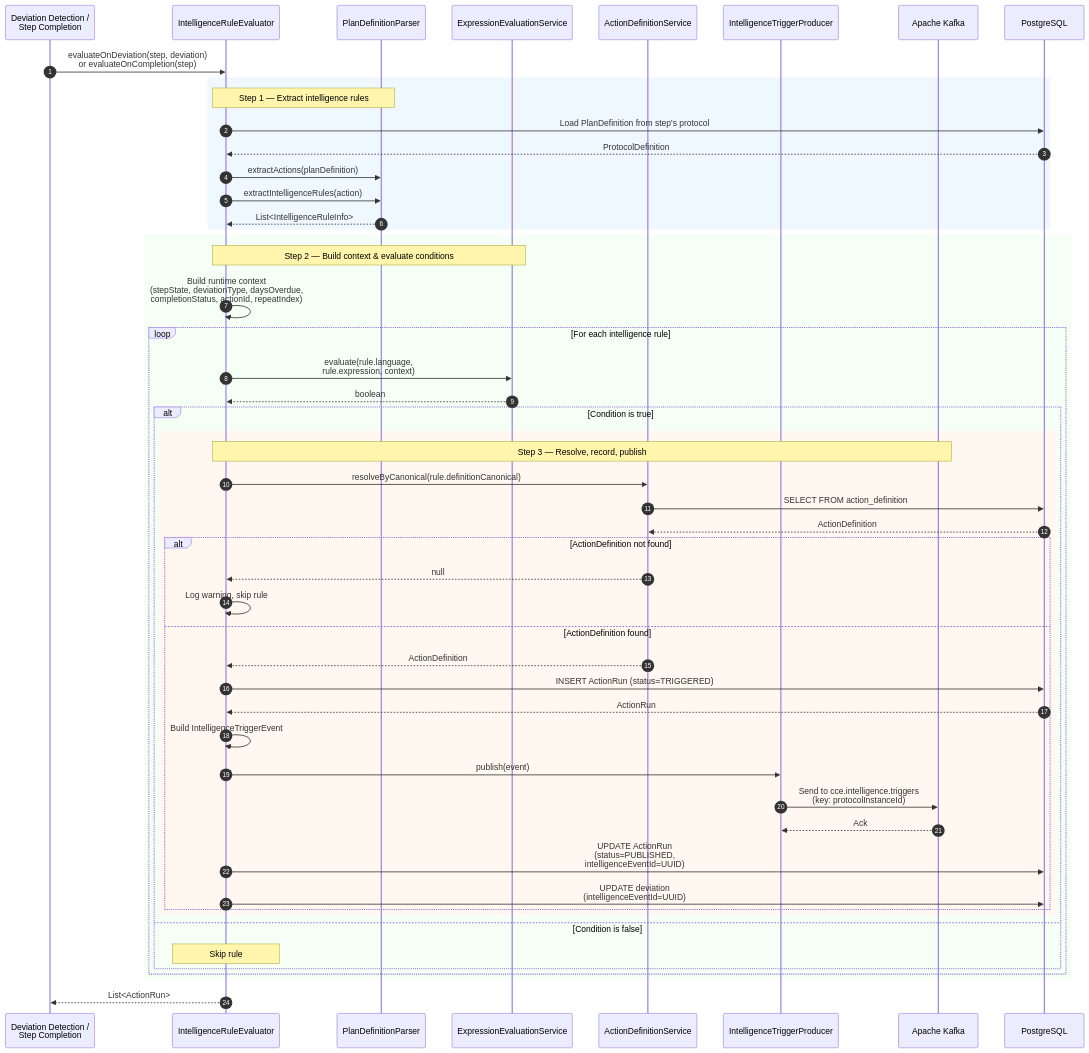
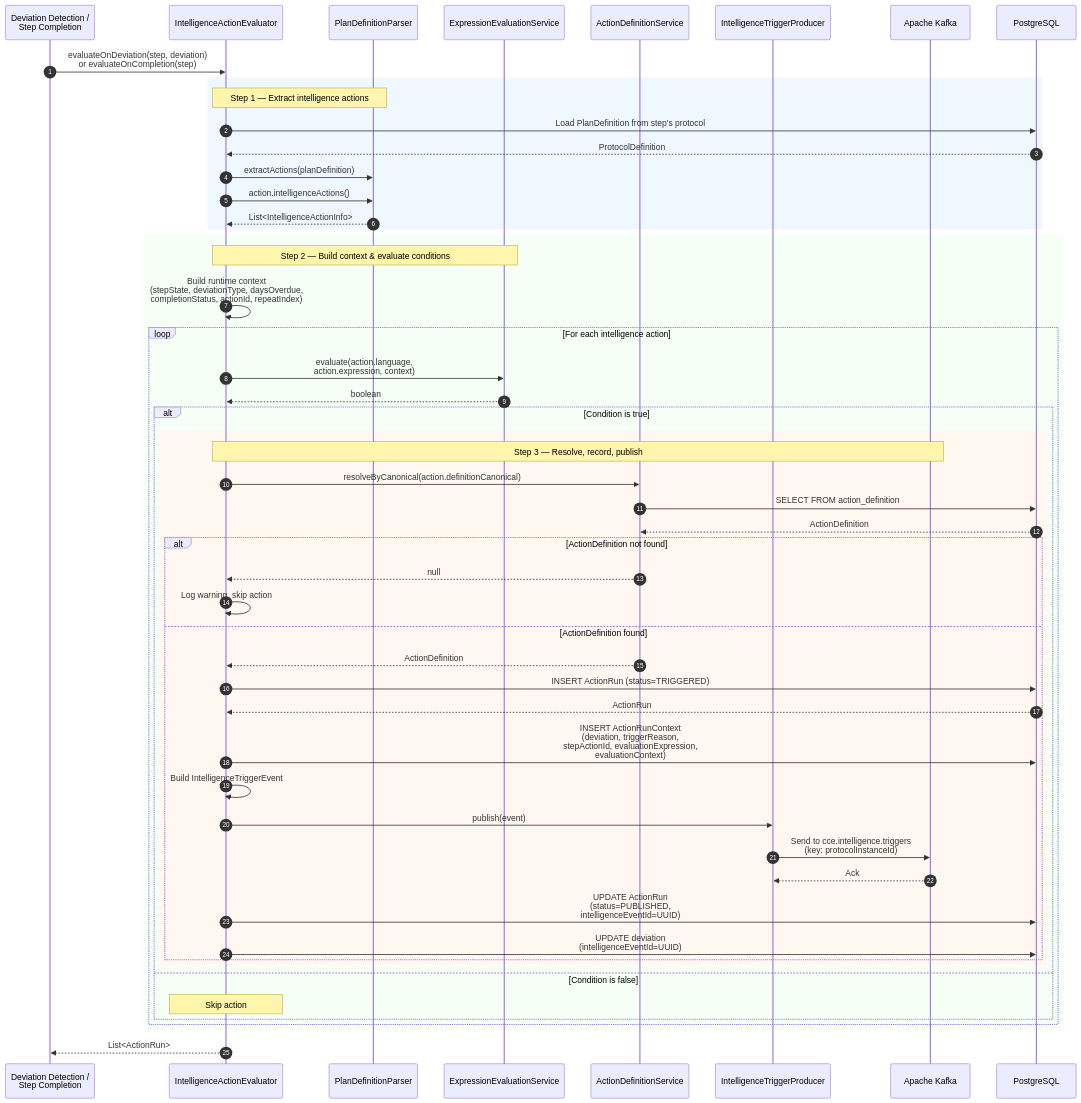
The sixth of 9 diagrams in docs/flow-diagrams.md (Jayaprakash8887/cce-compliance-service), drawn with Mermaid before and after one commit. The commit also changed other lines of this file and 13 other files, not shown here.

Commit message:
Update to resolve confusion between rule and action

````diff
--- a/docs/flow-diagrams.md
+++ b/docs/flow-diagrams.md
@@ -290,63 +290,65 @@
 ```mermaid
 sequenceDiagram
     autonumber
     participant Trigger as Deviation Detection /<br/>Step Completion
-    participant Evaluator as IntelligenceRuleEvaluator
+    participant Evaluator as IntelligenceActionEvaluator
     participant Parser as PlanDefinitionParser
     participant ExprEval as ExpressionEvaluationService
     participant ActionDefSvc as ActionDefinitionService
     participant Producer as IntelligenceTriggerProducer
     participant Kafka as Apache Kafka
     participant DB as PostgreSQL
 
     Trigger->>Evaluator: evaluateOnDeviation(step, deviation)<br/>or evaluateOnCompletion(step)
 
     rect rgb(240, 248, 255)
-        Note over Evaluator,Parser: Step 1 — Extract intelligence rules
+        Note over Evaluator,Parser: Step 1 — Extract intelligence actions
         Evaluator->>DB: Load PlanDefinition from step's protocol
         DB-->>Evaluator: ProtocolDefinition
         Evaluator->>Parser: extractActions(planDefinition)
-        Evaluator->>Parser: extractIntelligenceRules(action)
-        Parser-->>Evaluator: List<IntelligenceRuleInfo>
+        Evaluator->>Parser: action.intelligenceActions()
+        Parser-->>Evaluator: List<IntelligenceActionInfo>
     end
 
     rect rgb(245, 255, 245)
         Note over Evaluator,ExprEval: Step 2 — Build context & evaluate conditions
         Evaluator->>Evaluator: Build runtime context<br/>(stepState, deviationType, daysOverdue,<br/>completionStatus, actionId, repeatIndex)
 
-        loop For each intelligence rule
-            Evaluator->>ExprEval: evaluate(rule.language,<br/>rule.expression, context)
+        loop For each intelligence action
+            Evaluator->>ExprEval: evaluate(action.language,<br/>action.expression, context)
             ExprEval-->>Evaluator: boolean
 
             alt Condition is true
                 rect rgb(255, 248, 240)
                     Note over Evaluator,Kafka: Step 3 — Resolve, record, publish
-                    Evaluator->>ActionDefSvc: resolveByCanonical(rule.definitionCanonical)
+                    Evaluator->>ActionDefSvc: resolveByCanonical(action.definitionCanonical)
                     ActionDefSvc->>DB: SELECT FROM action_definition
                     DB-->>ActionDefSvc: ActionDefinition
 
                     alt ActionDefinition not found
                         ActionDefSvc-->>Evaluator: null
-                        Evaluator->>Evaluator: Log warning, skip rule
+                        Evaluator->>Evaluator: Log warning, skip action
                     else ActionDefinition found
                         ActionDefSvc-->>Evaluator: ActionDefinition
                         Evaluator->>DB: INSERT ActionRun (status=TRIGGERED)
                         DB-->>Evaluator: ActionRun
+
+                        Evaluator->>DB: INSERT ActionRunContext<br/>(deviation, triggerReason,<br/>stepActionId, evaluationExpression,<br/>evaluationContext)
 
                         Evaluator->>Evaluator: Build IntelligenceTriggerEvent
                         Evaluator->>Producer: publish(event)
                         Producer->>Kafka: Send to cce.intelligence.triggers<br/>(key: protocolInstanceId)
                         Kafka-->>Producer: Ack
 
                         Evaluator->>DB: UPDATE ActionRun<br/>(status=PUBLISHED,<br/>intelligenceEventId=UUID)
                         Evaluator->>DB: UPDATE deviation<br/>(intelligenceEventId=UUID)
                     end
                 end
             else Condition is false
-                Note over Evaluator: Skip rule
+                Note over Evaluator: Skip action
             end
         end
     end
 
     Evaluator-->>Trigger: List<ActionRun>
 ```
````
